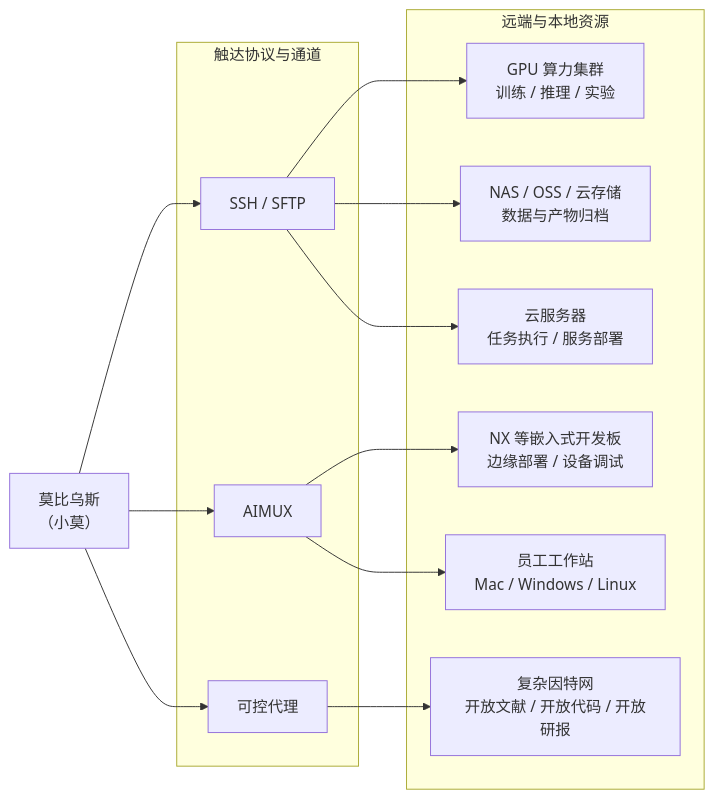
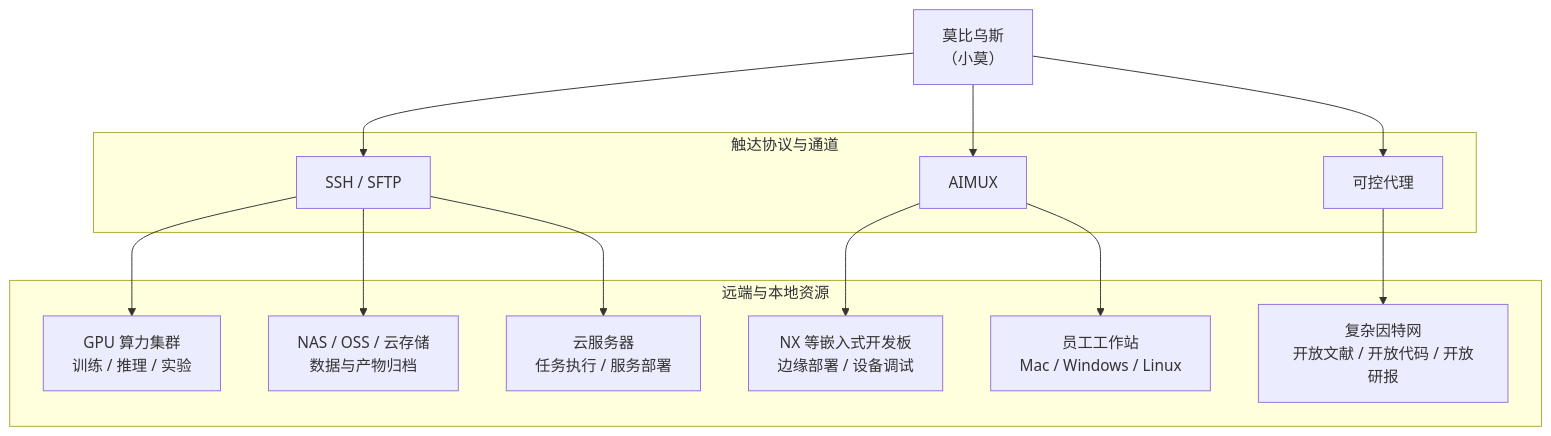
One commit to nutshellai-tech/mobius changed the diagram in README.md. Above: the diagram before and after it, drawn with Mermaid. The commit also changed other lines of this file and 1 other file, not shown here.

Commit message:
docs(readme): 图片迁移到 mobiuscompress CDN + 统一宽度 500 + 修正的/从 + mermaid 改 TD (image CDN swap, uniform width=500, typo fixes, mermaid TD)

````diff
--- a/README.md
+++ b/README.md
@@ -110,31 +110,31 @@
 ```mermaid
-flowchart LR
+flowchart TD
   M["莫比乌斯<br/>（小莫）"]
 
   subgraph P["触达协议与通道"]
     SSH["SSH / SFTP"]
     AIMUX["AIMUX"]
     PROXY["可控代理"]
   end
 
   subgraph R["远端与本地资源"]
     GPU["GPU 算力集群<br/>训练 / 推理 / 实验"]
     NX["NX 等嵌入式开发板<br/>边缘部署 / 设备调试"]
     NAS["NAS / OSS / 云存储<br/>数据与产物归档"]
     CLOUD["云服务器<br/>任务执行 / 服务部署"]
     PC["员工工作站<br/>Mac / Windows / Linux"]
     NET["复杂因特网<br/>开放文献 / 开放代码 / 开放研报"]
   end
 
   M --> SSH
   M --> AIMUX
   M --> PROXY
 
   SSH --> GPU
   SSH --> NAS
   SSH --> CLOUD
   AIMUX --> NX
   AIMUX --> PC
   PROXY --> NET
 
 ```
````
